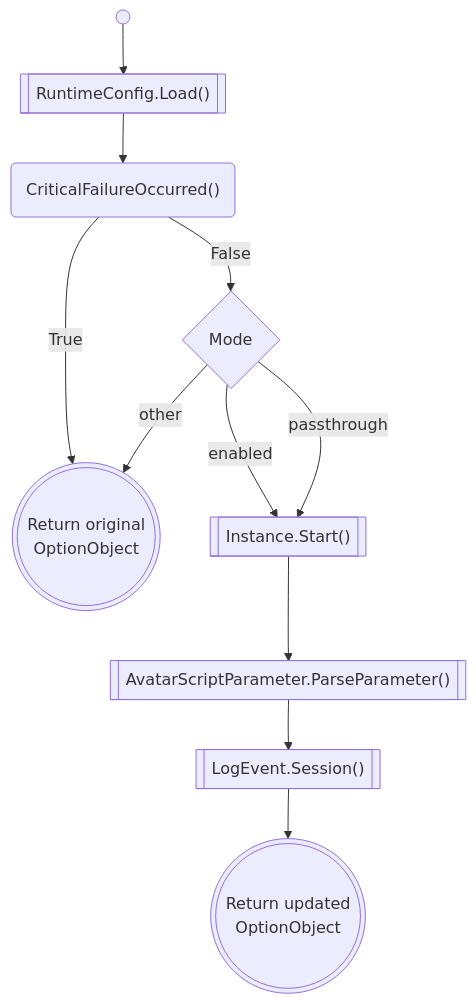
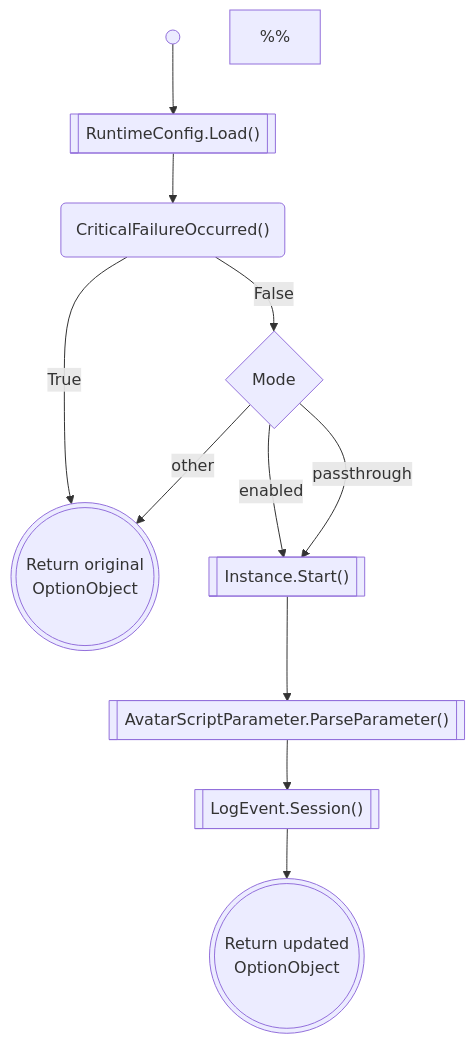
Before and after one commit to spectrum-health-systems/tingen-documentation: the first of 2 diagrams in static/diagrams/TingenWebService.md, drawn with Mermaid.

````diff
--- a/static/diagrams/TingenWebService.md
+++ b/static/diagrams/TingenWebService.md
@@ -24,13 +24,15 @@
 ```mermaid
 flowchart TD
     Start@{shape: sm-circ, label: ""} --> RuntimeConfig_Load@{shape: fr-rect, label: "RuntimeConfig.Load()"}
     RuntimeConfig_Load --> CriticalFailureOccurred@{shape: rounded, label: "CriticalFailureOccurred()"}
     CriticalFailureOccurred -- True --> ReturnOriginalOptionObject@{shape: dbl-circ, label: "Return original\nOptionObject"}
     CriticalFailureOccurred -- False --> Mode@{shape: diam, label: "Mode"}
     Mode -- enabled --> Instance.Start@{shape: fr-rect, label: "Instance.Start()"}
     Mode -- passthrough --> Instance.Start
     Mode -- other --> ReturnOriginalOptionObject
     Instance.Start --> ParseParameter@{shape: fr-rect, label: "AvatarScriptParameter.ParseParameter()"}
     ParseParameter --> LogSession@{shape: fr-rect, label: "LogEvent.Session()"}
     LogSession --> ReturnUpdatedOptionObject@{shape: dbl-circ, label: "Return updated\nOptionObject"}
+    %%
+    click RuntimeConfig_Load "https://github.com/spectrum-health-systems/tingen-documentation-project/blob/main/static/diagrams/TingenWebService.Configuration.md"
 ```
````
